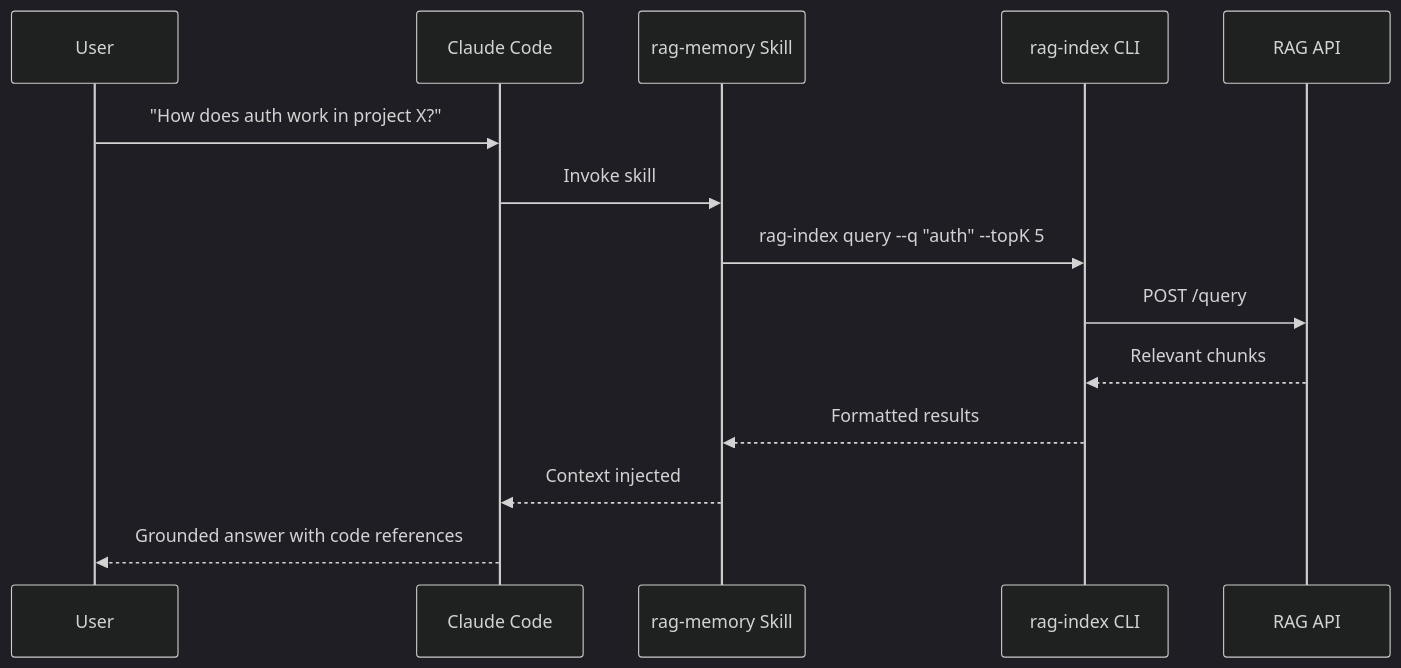
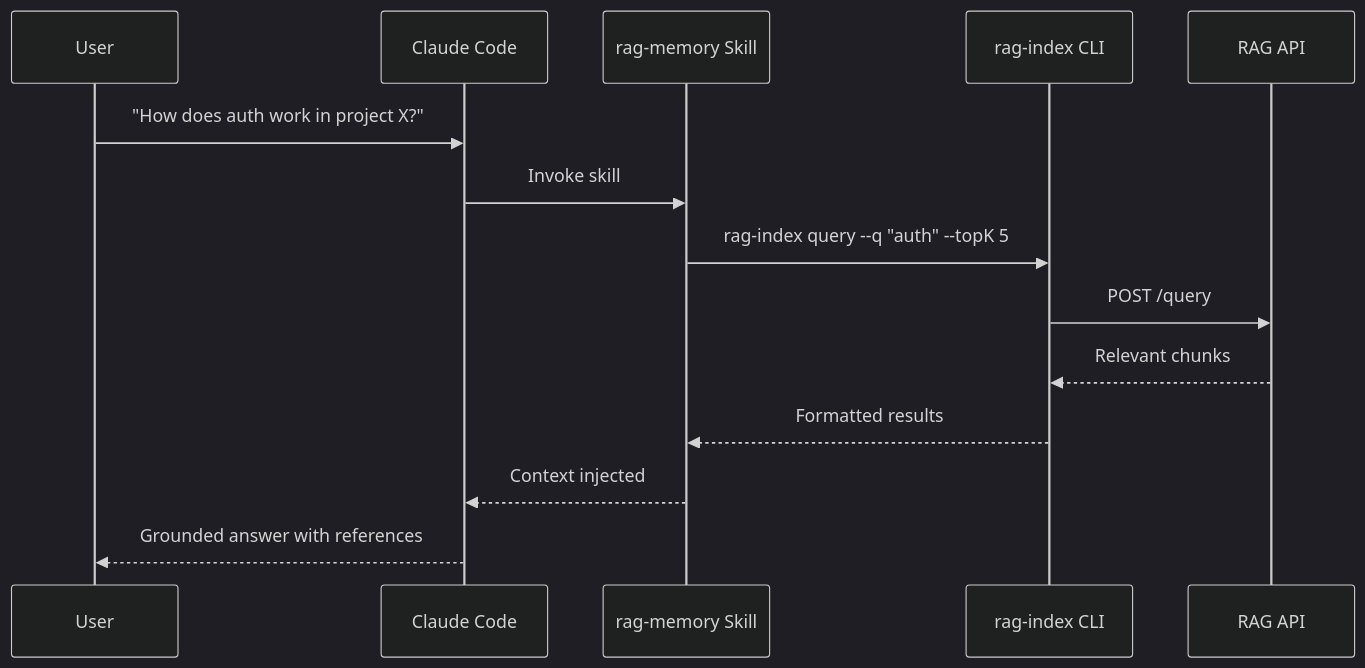
The first of 2 diagrams in docs/04-claude-skills.md (mfittko/raged), drawn with Mermaid (dark theme) before and after one commit. The commit also changed other lines of this file and 3 other files, not shown here.

````diff
--- a/docs/04-claude-skills.md
+++ b/docs/04-claude-skills.md
@@ -7,17 +9,17 @@
 ```mermaid
 sequenceDiagram
     participant U as User
     participant C as Claude Code
     participant S as rag-memory Skill
     participant CLI as rag-index CLI
     participant API as RAG API
 
     U->>C: "How does auth work in project X?"
     C->>S: Invoke skill
     S->>CLI: rag-index query --q "auth" --topK 5
     CLI->>API: POST /query
     API-->>CLI: Relevant chunks
     CLI-->>S: Formatted results
     S-->>C: Context injected
-    C-->>U: Grounded answer with code references
+    C-->>U: Grounded answer with references
 ```
````
